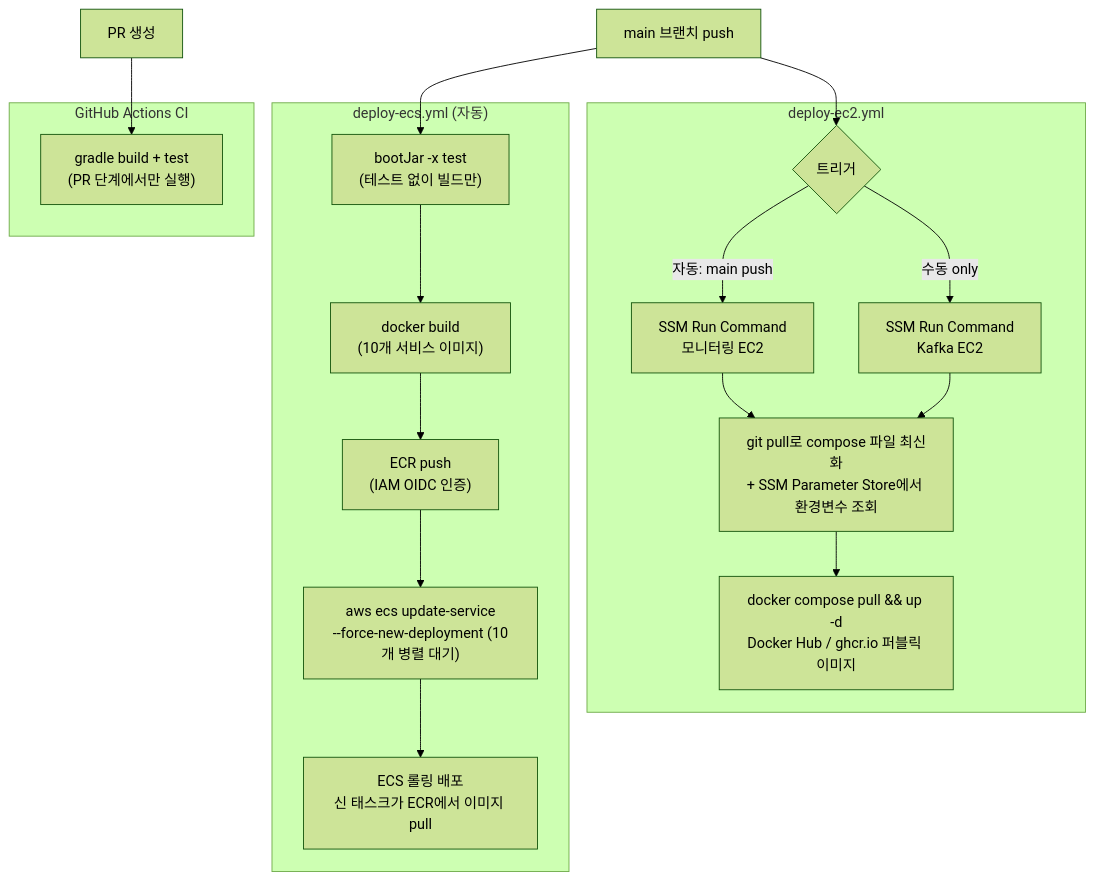
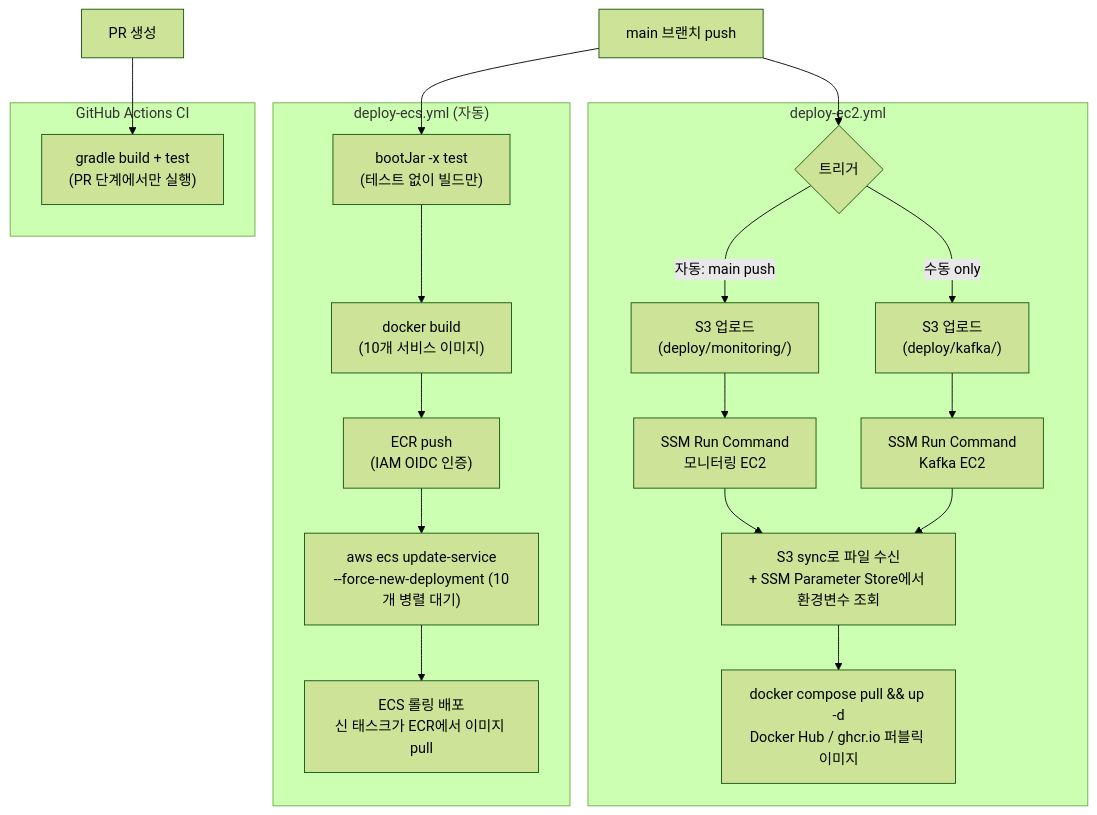
Before and after one commit to BankRupang/san-ji-jik-kyeng: the diagram in docs/INFRASTRUCTURE.md, drawn with Mermaid (forest theme). The commit also changed 1 other file, not shown here.

Commit message:
docs: 문서 수정 (S3 내용 추가)

````diff
--- a/docs/INFRASTRUCTURE.md
+++ b/docs/INFRASTRUCTURE.md
@@ -569,26 +569,28 @@
 ```mermaid
 flowchart TD
     pr[PR 생성] --> ci
 
     subgraph GHA_CI["GitHub Actions CI"]
         ci["gradle build + test<br>(PR 단계에서만 실행)"]
     end
 
     merge[main 브랜치 push] --> ecs_build & ec2_target
 
     subgraph GHA_ECS["deploy-ecs.yml (자동)"]
         ecs_build["bootJar -x test<br>(테스트 없이 빌드만)"]
         ecs_build --> ecs_docker["docker build<br>(10개 서비스 이미지)"]
         ecs_docker --> ecr["ECR push<br>(IAM OIDC 인증)"]
         ecr --> ecs_update["aws ecs update-service<br>--force-new-deployment (10개 병렬 대기)"]
         ecs_update --> rolling["ECS 롤링 배포<br>신 태스크가 ECR에서 이미지 pull"]
     end
 
     subgraph GHA_EC2["deploy-ec2.yml"]
         ec2_target{트리거}
-        ec2_target -->|자동: main push| mon_ssm["SSM Run Command<br>모니터링 EC2"]
-        ec2_target -->|수동 only| kafka_ssm["SSM Run Command<br>Kafka EC2"]
-        mon_ssm & kafka_ssm --> git_pull["git pull로 compose 파일 최신화<br>+ SSM Parameter Store에서 환경변수 조회"]
-        git_pull --> compose["docker compose pull && up -d<br>Docker Hub / ghcr.io 퍼블릭 이미지"]
+        ec2_target -->|자동: main push| mon_s3["S3 업로드<br>(deploy/monitoring/)"]
+        ec2_target -->|수동 only| kafka_s3["S3 업로드<br>(deploy/kafka/)"]
+        mon_s3 --> mon_ssm["SSM Run Command<br>모니터링 EC2"]
+        kafka_s3 --> kafka_ssm["SSM Run Command<br>Kafka EC2"]
+        mon_ssm & kafka_ssm --> s3_sync["S3 sync로 파일 수신<br>+ SSM Parameter Store에서 환경변수 조회"]
+        s3_sync --> compose["docker compose pull && up -d<br>Docker Hub / ghcr.io 퍼블릭 이미지"]
     end
 ```
````
